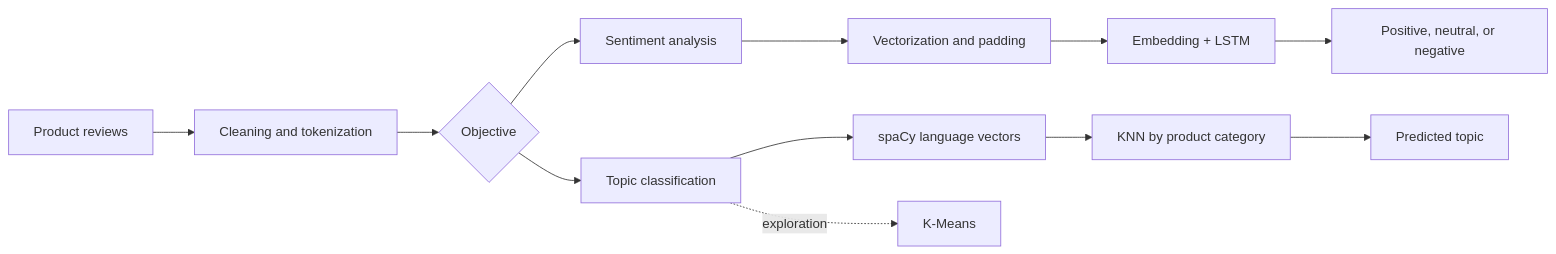
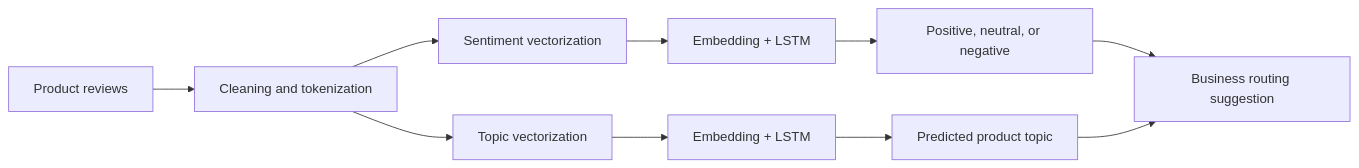
Before and after one commit to ozsp12/lstm_for_the_win: the diagram in README.md, drawn with Mermaid. The commit also changed other lines of this file and 6 other files, not shown here.

````diff
--- a/README.md
+++ b/README.md
@@ -10,17 +12,12 @@
 ```mermaid
 flowchart LR
     A["Product reviews"] --> B["Cleaning and tokenization"]
-    B --> C{"Objective"}
-
-    C --> D["Sentiment analysis"]
-    D --> E["Vectorization and padding"]
-    E --> F["Embedding + LSTM"]
-    F --> G["Positive, neutral, or negative"]
-
-    C --> H["Topic classification"]
-    H --> I["spaCy language vectors"]
-    I --> J["KNN by product category"]
-    J --> K["Predicted topic"]
-
-    H -. exploration .-> L["K-Means"]
+    B --> C["Sentiment vectorization"]
+    C --> D["Embedding + LSTM"]
+    D --> E["Positive, neutral, or negative"]
+    B --> F["Topic vectorization"]
+    F --> G["Embedding + LSTM"]
+    G --> H["Predicted product topic"]
+    E --> I["Business routing suggestion"]
+    H --> I
 ```
````
